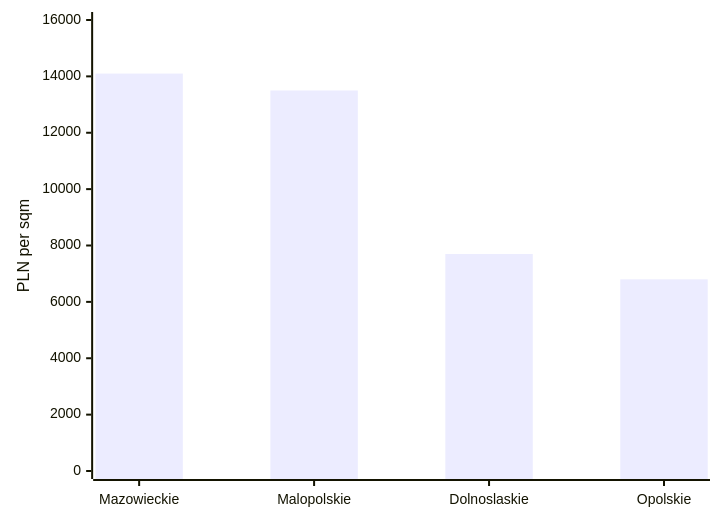
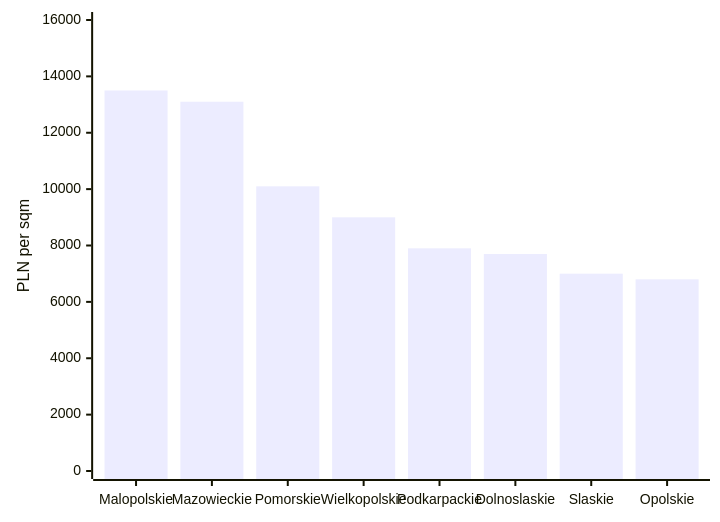
Before and after one commit to bi3lu/polish-real-estate-price-aggregates: the diagram in README.md, drawn with Mermaid. The commit also changed other lines of this file and 5 other files, not shown here.

````diff
--- a/README.md
+++ b/README.md
@@ -73,6 +73,6 @@
 ```mermaid
 xychart-beta
-  x-axis ["Mazowieckie", "Malopolskie", "Dolnoslaskie", "Opolskie"]
+  x-axis ["Malopolskie", "Mazowieckie", "Pomorskie", "Wielkopolskie", "Podkarpackie", "Dolnoslaskie", "Slaskie", "Opolskie"]
   y-axis "PLN per sqm" 0 --> 16000
-  bar [14100, 13500, 7700, 6800]
+  bar [13500, 13100, 10100, 9000, 7900, 7700, 7000, 6800]
 ```
````
